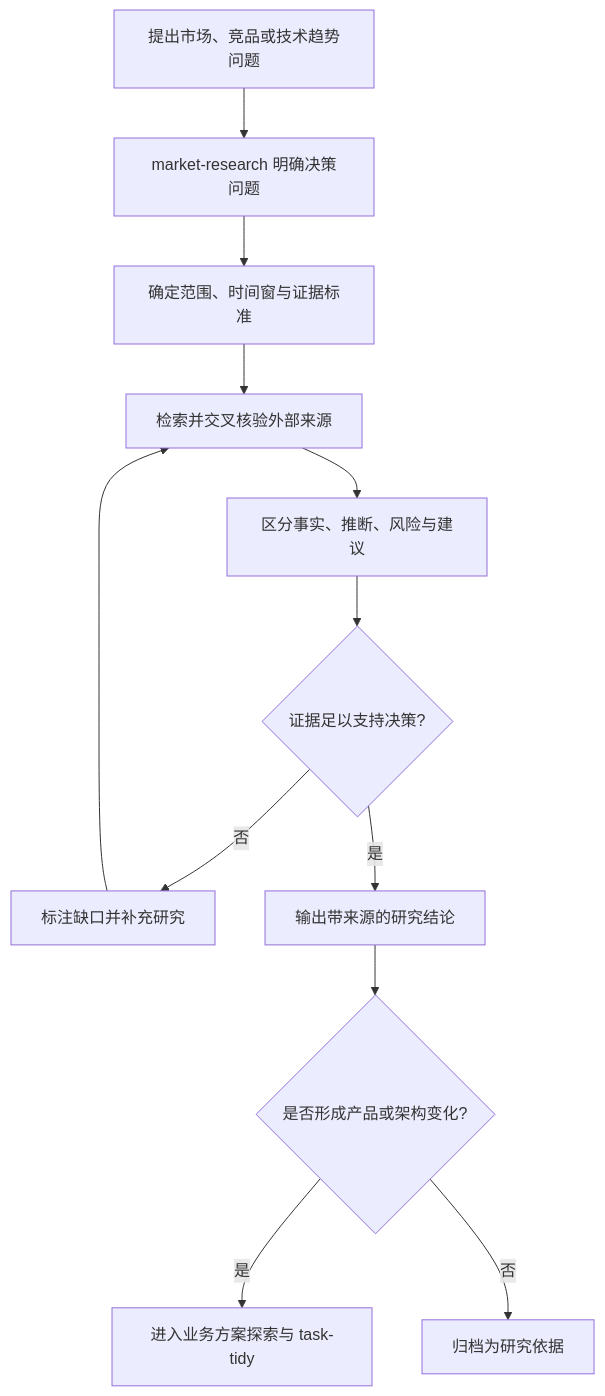
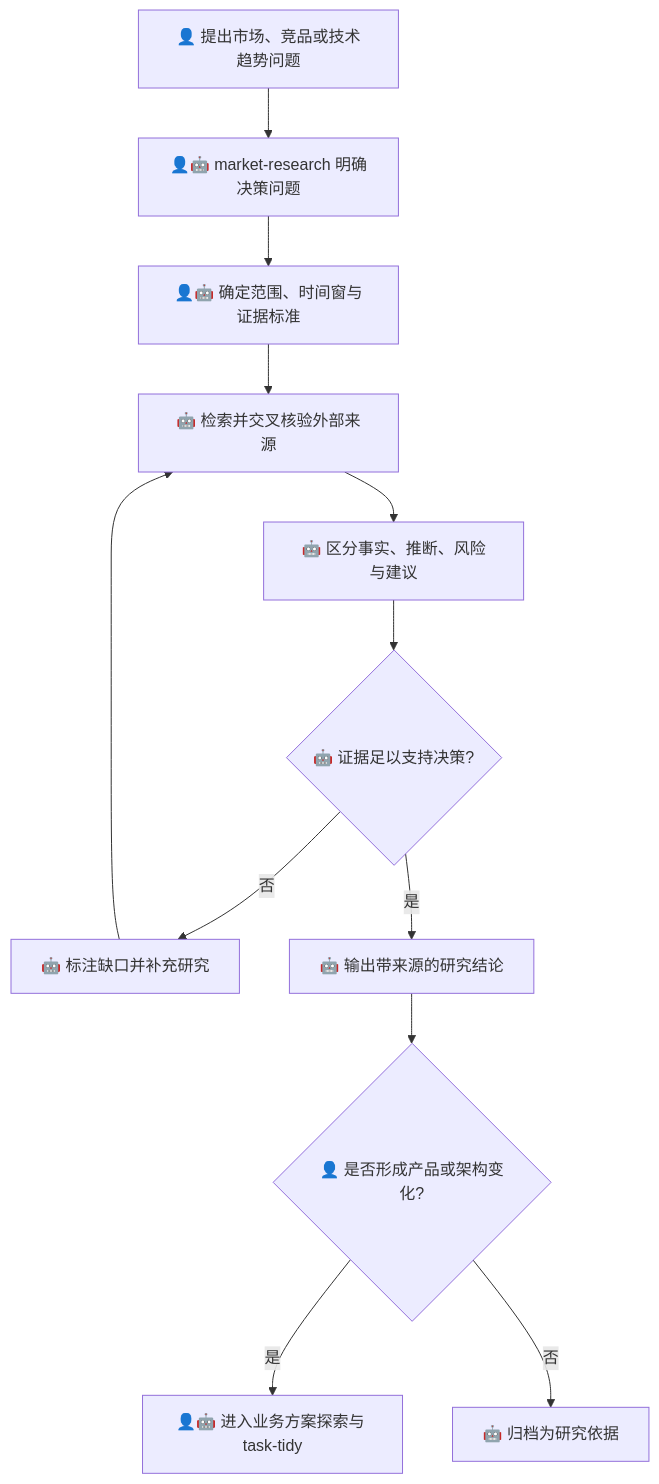
One commit to derekhu0002/Argo changed the seventh of 11 diagrams in design/argo-harness/usage-scenarios/README.md. Above: the diagram before and after it, drawn with Mermaid. The commit also changed other lines of this file, not shown here.

````diff
--- a/design/argo-harness/usage-scenarios/README.md
+++ b/design/argo-harness/usage-scenarios/README.md
@@ -187,14 +190,14 @@
 ```mermaid
 flowchart TD
-    A[提出市场、竞品或技术趋势问题] --> B[market-research 明确决策问题]
-    B --> C[确定范围、时间窗与证据标准]
-    C --> D[检索并交叉核验外部来源]
-    D --> E[区分事实、推断、风险与建议]
-    E --> F{证据足以支持决策?}
-    F -- 否 --> G[标注缺口并补充研究]
+    A[👤 提出市场、竞品或技术趋势问题] --> B[👤🤖 market-research 明确决策问题]
+    B --> C[👤🤖 确定范围、时间窗与证据标准]
+    C --> D[🤖 检索并交叉核验外部来源]
+    D --> E[🤖 区分事实、推断、风险与建议]
+    E --> F{🤖 证据足以支持决策?}
+    F -- 否 --> G[🤖 标注缺口并补充研究]
     G --> D
-    F -- 是 --> H[输出带来源的研究结论]
-    H --> I{是否形成产品或架构变化?}
-    I -- 是 --> J[进入业务方案探索与 task-tidy]
-    I -- 否 --> K[归档为研究依据]
+    F -- 是 --> H[🤖 输出带来源的研究结论]
+    H --> I{👤 是否形成产品或架构变化?}
+    I -- 是 --> J[👤🤖 进入业务方案探索与 task-tidy]
+    I -- 否 --> K[🤖 归档为研究依据]
 ```
````
